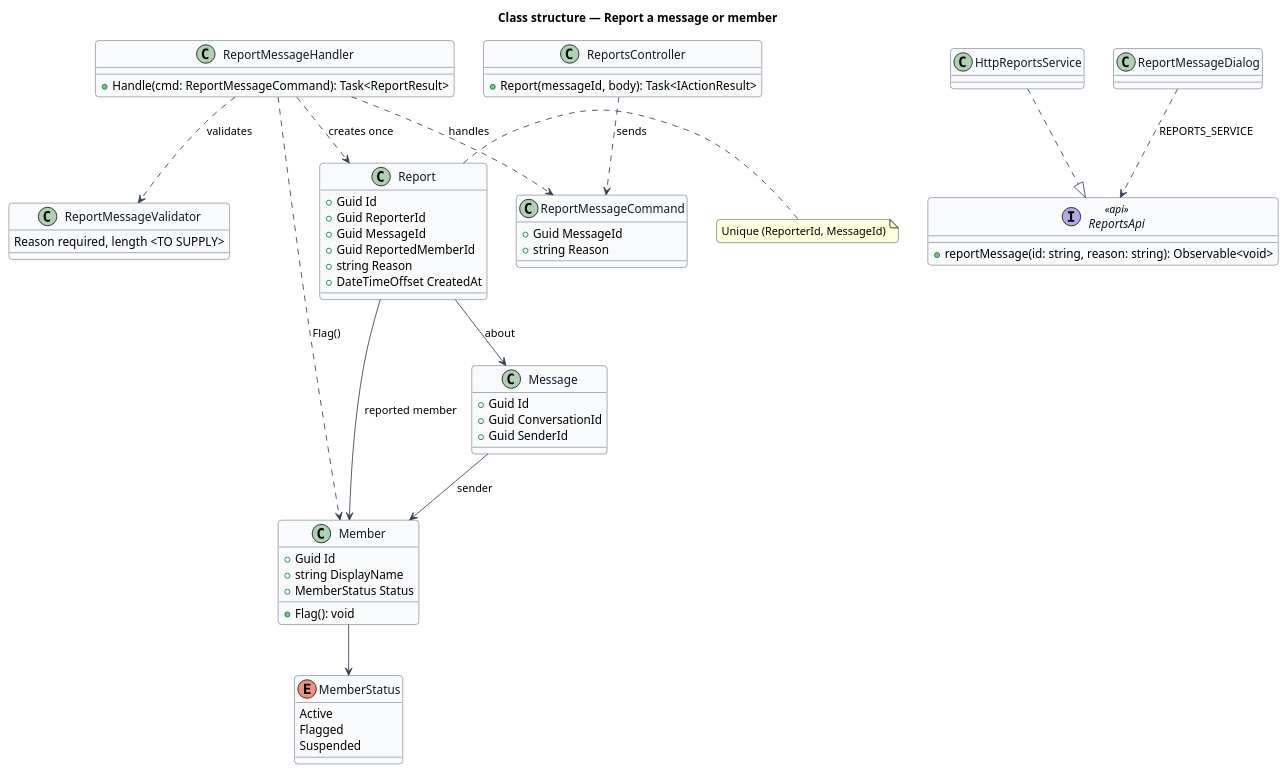
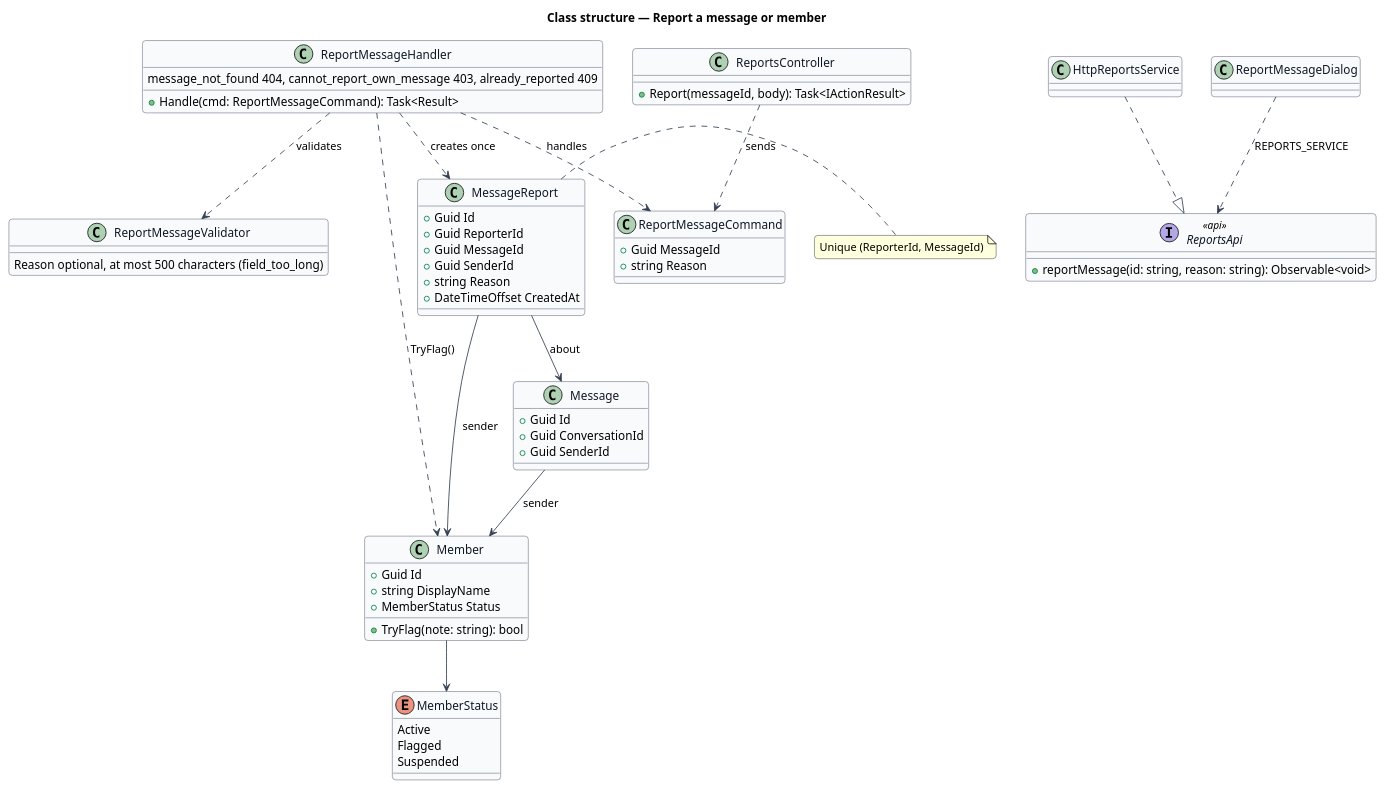
The diagram in docs/detailed-designs/messages/report-message-or-member/diagrams/class.puml (QuinntyneBrown/christian-fitness), drawn with PlantUML before and after one commit. The commit also changed 17 other files, not shown here.

First line of the commit message:
Follow-ups: re-render stale diagrams and fix offline flake

```diff
--- a/docs/detailed-designs/messages/report-message-or-member/diagrams/class.puml
+++ b/docs/detailed-designs/messages/report-message-or-member/diagrams/class.puml
@@ -1,69 +1,70 @@
 @startuml
 skinparam backgroundColor #FFFFFF
 skinparam shadowing false
 skinparam roundcorner 8
 skinparam defaultFontName Arial
 skinparam ArrowColor #344054
 skinparam class {
   BorderColor #344054
   FontColor #101828
   BackgroundColor #F9FAFB
 }
 title Class structure — Report a message or member
 
 enum MemberStatus {
   Active
   Flagged
   Suspended
 }
 class Member {
   +Guid Id
   +string DisplayName
   +MemberStatus Status
-  +Flag(): void
+  +TryFlag(note: string): bool
 }
 class Message {
   +Guid Id
   +Guid ConversationId
   +Guid SenderId
 }
-class Report {
+class MessageReport {
   +Guid Id
   +Guid ReporterId
   +Guid MessageId
-  +Guid ReportedMemberId
+  +Guid SenderId
   +string Reason
   +DateTimeOffset CreatedAt
 }
-note right of Report : Unique (ReporterId, MessageId)
+note right of MessageReport : Unique (ReporterId, MessageId)
 class ReportMessageCommand {
   +Guid MessageId
   +string Reason
 }
 class ReportMessageValidator {
-  Reason required, length <TO SUPPLY>
+  Reason optional, at most 500 characters (field_too_long)
 }
 class ReportMessageHandler {
-  +Handle(cmd: ReportMessageCommand): Task<ReportResult>
+  +Handle(cmd: ReportMessageCommand): Task<Result>
+  message_not_found 404, cannot_report_own_message 403, already_reported 409
 }
 class ReportsController {
   +Report(messageId, body): Task<IActionResult>
 }
 interface ReportsApi <<api>> {
   +reportMessage(id: string, reason: string): Observable<void>
 }
 class HttpReportsService
 class ReportMessageDialog
 
 Member --> MemberStatus
-Report --> Message : about
-Report --> Member : reported member
+MessageReport --> Message : about
+MessageReport --> Member : sender
 Message --> Member : sender
 ReportsController ..> ReportMessageCommand : sends
 ReportMessageHandler ..> ReportMessageCommand : handles
 ReportMessageHandler ..> ReportMessageValidator : validates
-ReportMessageHandler ..> Report : creates once
-ReportMessageHandler ..> Member : Flag()
+ReportMessageHandler ..> MessageReport : creates once
+ReportMessageHandler ..> Member : TryFlag()
 HttpReportsService ..|> ReportsApi
 ReportMessageDialog ..> ReportsApi : REPORTS_SERVICE
 @enduml
```
